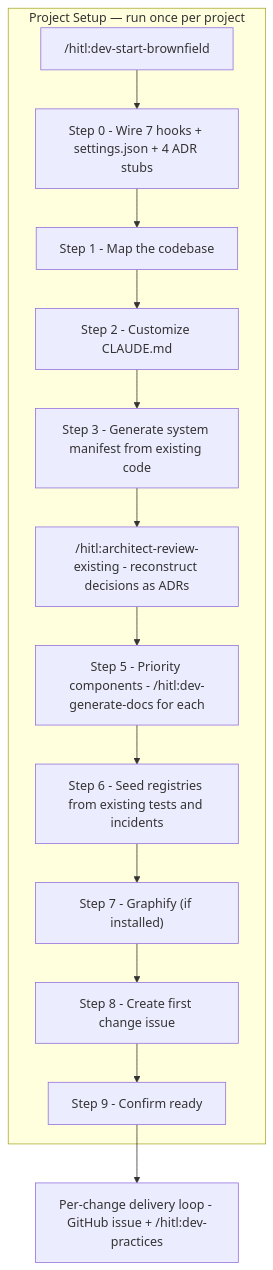
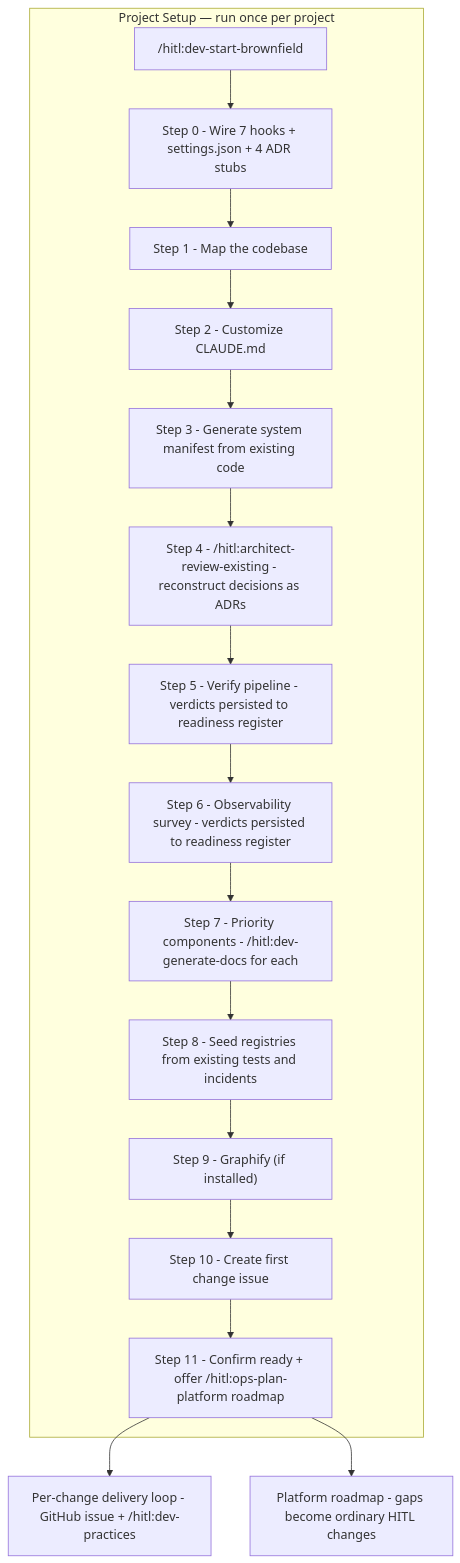
Before and after one commit to Prasad-Apparaju/hitl-dev-platform: the first of 4 diagrams in docs/workflow-brownfield.md, drawn with Mermaid. The commit also changed other lines of this file and 8 other files, not shown here.

````diff
--- a/docs/workflow-brownfield.md
+++ b/docs/workflow-brownfield.md
@@ -13,21 +13,25 @@
 ```mermaid
 graph TB
   subgraph SETUP["Project Setup — run once per project"]
     entry["/hitl:dev-start-brownfield"]
     s0["Step 0 - Wire 7 hooks + settings.json + 4 ADR stubs"]
     s1["Step 1 - Map the codebase"]
     s2["Step 2 - Customize CLAUDE.md"]
     s3["Step 3 - Generate system manifest from existing code"]
-    s4["/hitl:architect-review-existing - reconstruct decisions as ADRs"]
-    s5["Step 5 - Priority components - /hitl:dev-generate-docs for each"]
-    s6["Step 6 - Seed registries from existing tests and incidents"]
-    s7["Step 7 - Graphify (if installed)"]
-    s8["Step 8 - Create first change issue"]
-    s9["Step 9 - Confirm ready"]
-    entry --> s0 --> s1 --> s2 --> s3 --> s4 --> s5 --> s6 --> s7 --> s8 --> s9
+    s4["Step 4 - /hitl:architect-review-existing - reconstruct decisions as ADRs"]
+    s5["Step 5 - Verify pipeline - verdicts persisted to readiness register"]
+    s6["Step 6 - Observability survey - verdicts persisted to readiness register"]
+    s7["Step 7 - Priority components - /hitl:dev-generate-docs for each"]
+    s8["Step 8 - Seed registries from existing tests and incidents"]
+    s9["Step 9 - Graphify (if installed)"]
+    s10["Step 10 - Create first change issue"]
+    s11["Step 11 - Confirm ready + offer /hitl:ops-plan-platform roadmap"]
+    entry --> s0 --> s1 --> s2 --> s3 --> s4 --> s5 --> s6 --> s7 --> s8 --> s9 --> s10 --> s11
   end
 
   loop["Per-change delivery loop - GitHub issue + /hitl:dev-practices"]
+  roadmap["Platform roadmap - gaps become ordinary HITL changes"]
 
-  s9 --> loop
+  s11 --> loop
+  s11 --> roadmap
 ```
````
